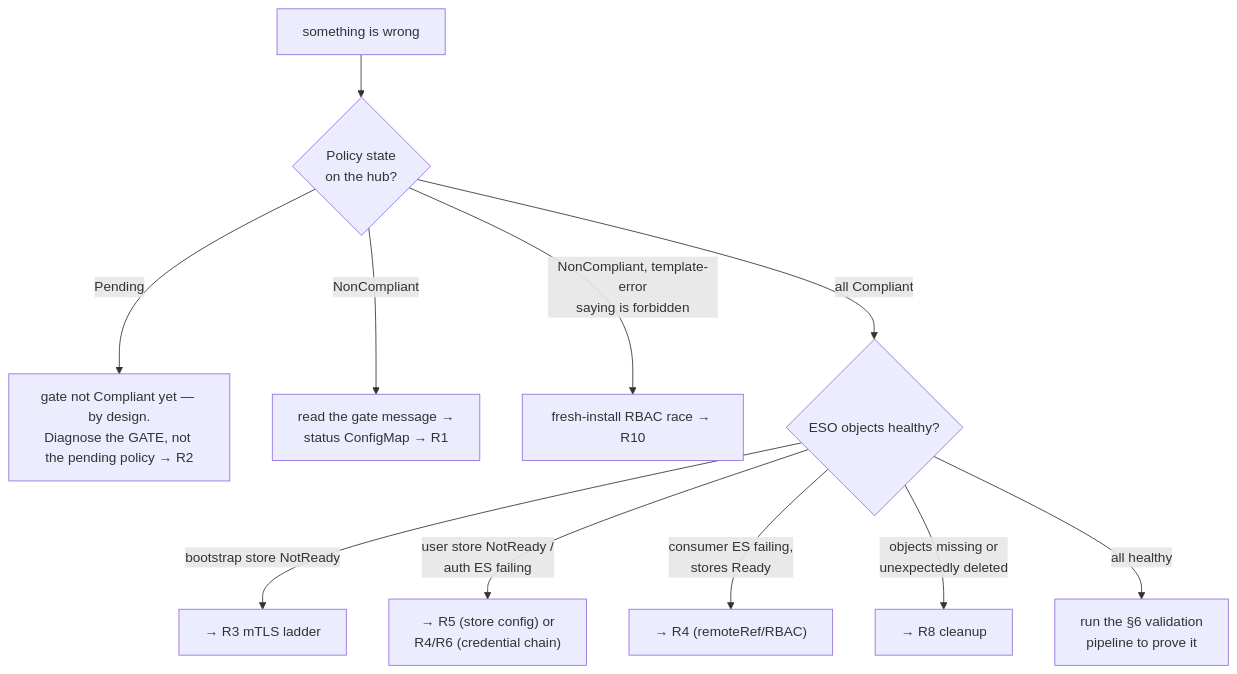
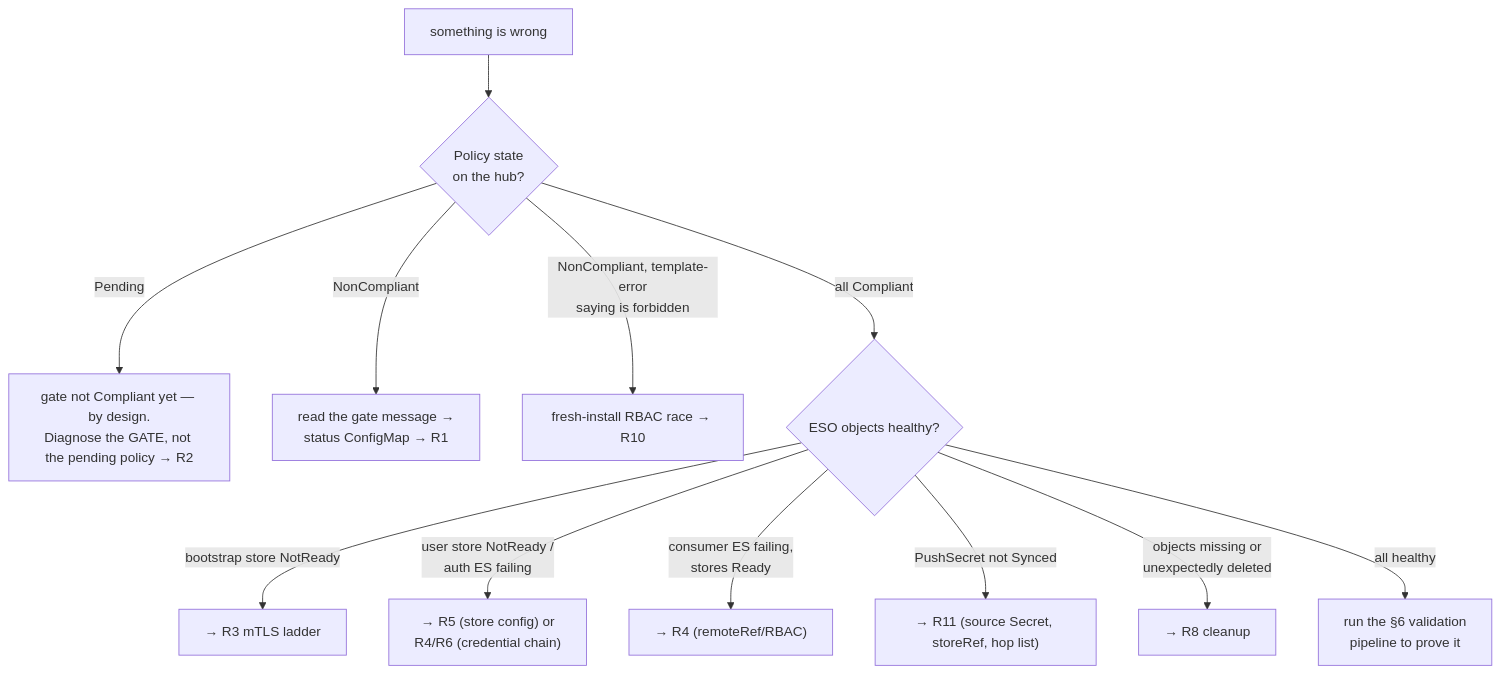
The second of 2 diagrams in policies/stable/external-secrets-operator/troubleshooting.md (auto-shift/autoshiftv2), drawn with Mermaid before and after one commit. The commit also changed other lines of this file and 18 other files, not shown here.

````diff
--- a/policies/stable/external-secrets-operator/troubleshooting.md
+++ b/policies/stable/external-secrets-operator/troubleshooting.md
@@ -146,13 +153,14 @@
 ```mermaid
 flowchart TB
   A[something is wrong] --> B{Policy state<br/>on the hub?}
   B -->|Pending| G1["gate not Compliant yet — by design.<br/>Diagnose the GATE, not the pending policy → R2"]
   B -->|NonCompliant| G2[read the gate message →<br/>status ConfigMap → R1]
   B -->|"NonCompliant, template-error<br/>saying is forbidden"| R10["fresh-install RBAC race → R10"]
   B -->|all Compliant| C{ESO objects healthy?}
   C -->|"bootstrap store NotReady"| R3[→ R3 mTLS ladder]
   C -->|"user store NotReady /<br/>auth ES failing"| R45["→ R5 (store config) or<br/>R4/R6 (credential chain)"]
   C -->|"consumer ES failing,<br/>stores Ready"| R4["→ R4 (remoteRef/RBAC)"]
+  C -->|"PushSecret not Synced"| R11["→ R11 (source Secret, storeRef, hop list)"]
   C -->|objects missing or<br/>unexpectedly deleted| R8[→ R8 cleanup]
   C -->|all healthy| V[run the §6 validation<br/>pipeline to prove it]
 ```
````
